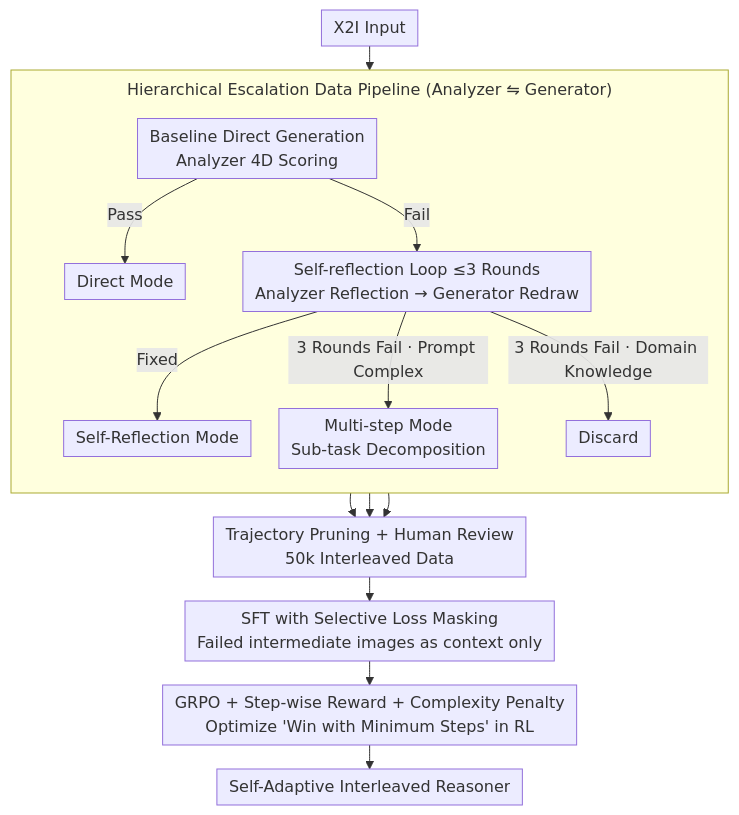
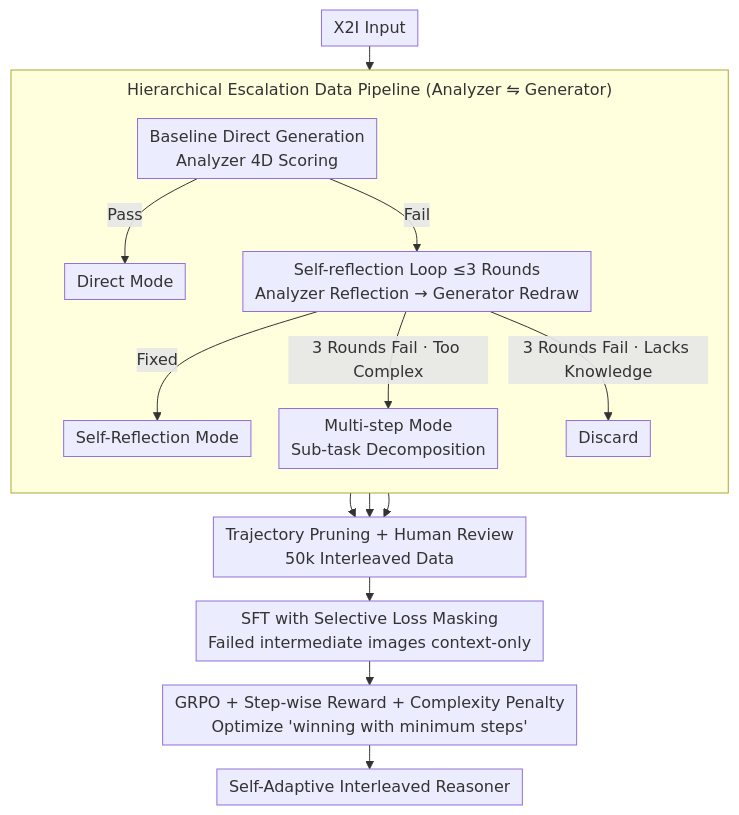
One commit to zhaoyang97/Paper-Notes-en changed the diagram in docs/ICML2026/vlm_reasoning/breaking_dual_bottlenecks_evolving_unified_multimodal_models_into_self-adaptive_.md. Above: the diagram before and after it, drawn with Mermaid. The commit also changed other lines of this file and 5084 other files, not shown here.

````diff
--- a/docs/ICML2026/vlm_reasoning/breaking_dual_bottlenecks_evolving_unified_multimodal_models_into_self-adaptive_.md
+++ b/docs/ICML2026/vlm_reasoning/breaking_dual_bottlenecks_evolving_unified_multimodal_models_into_self-adaptive_.md
@@ -44,20 +44,20 @@
 ```mermaid
 %%{init: {'flowchart': {'rankSpacing': 24, 'nodeSpacing': 28, 'padding': 6, 'wrappingWidth': 400, 'subGraphTitleMargin': {'top': 8, 'bottom': 16}}}}%%
 flowchart TD
     IN["X2I Input"] --> D1
     subgraph SG["Hierarchical Escalation Data Pipeline (Analyzer ⇋ Generator)"]
         direction TB
         D1["Baseline Direct Generation<br/>Analyzer 4D Scoring"]
         D1 -->|Pass| M1["Direct Mode"]
         D1 -->|Fail| R1["Self-reflection Loop ≤3 Rounds<br/>Analyzer Reflection → Generator Redraw"]
         R1 -->|Fixed| M2["Self-Reflection Mode"]
-        R1 -->|3 Rounds Fail · Prompt Complex| M3["Multi-step Mode<br/>Sub-task Decomposition"]
-        R1 -->|3 Rounds Fail · Domain Knowledge| DROP["Discard"]
+        R1 -->|3 Rounds Fail · Too Complex| M3["Multi-step Mode<br/>Sub-task Decomposition"]
+        R1 -->|3 Rounds Fail · Lacks Knowledge| DROP["Discard"]
     end
     M1 --> CLEAN
     M2 --> CLEAN
     M3 --> CLEAN
-    CLEAN["Trajectory Pruning + Human Review<br/>50k Interleaved Data"] --> SFT["SFT with Selective Loss Masking<br/>Failed intermediate images as context only"]
-    SFT --> GRPO["GRPO + Step-wise Reward + Complexity Penalty<br/>Optimize 'Win with Minimum Steps' in RL"]
+    CLEAN["Trajectory Pruning + Human Review<br/>50k Interleaved Data"] --> SFT["SFT with Selective Loss Masking<br/>Failed intermediate images context-only"]
+    SFT --> GRPO["GRPO + Step-wise Reward + Complexity Penalty<br/>Optimize 'winning with minimum steps'"]
     GRPO --> OUT["Self-Adaptive Interleaved Reasoner"]
 ```
````
